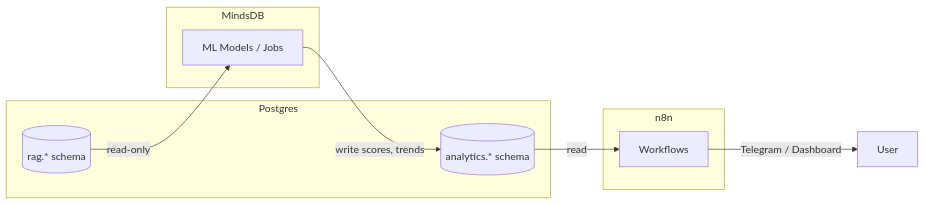
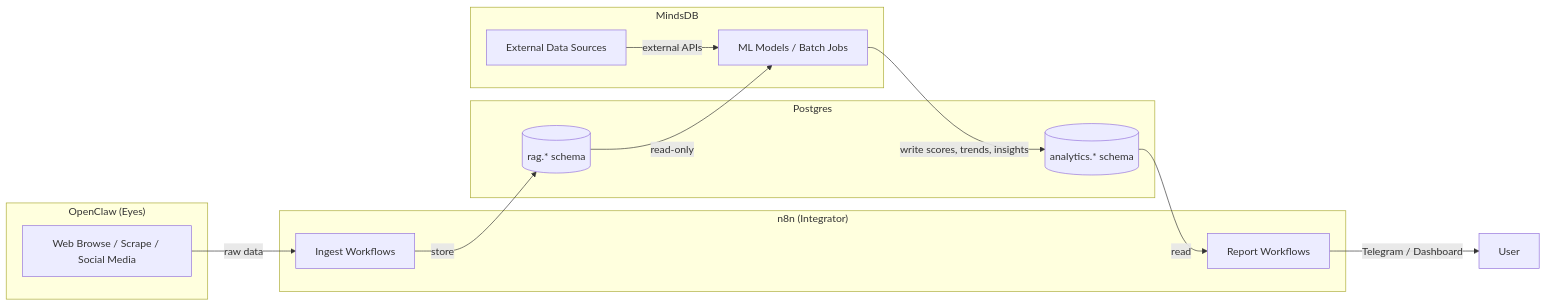
Before and after one commit to HonzaHezina/janAGI: the diagram in ops/docs/MINDSDB_ANALYTICS.md, drawn with Mermaid. The commit also changed other lines of this file and 11 other files, not shown here.

First line of the commit message:
docs: align architecture to integrator/brain paradigm

````diff
--- a/ops/docs/MINDSDB_ANALYTICS.md
+++ b/ops/docs/MINDSDB_ANALYTICS.md
@@ -24,20 +50,29 @@
 ```mermaid
 flowchart LR
+  subgraph "OpenClaw (Eyes)"
+    OC[Web Browse / Scrape / Social Media]
+  end
+
+  subgraph "n8n (Integrator)"
+    WF_IN[Ingest Workflows]
+    WF_OUT[Report Workflows]
+  end
+
   subgraph Postgres
     RAG[(rag.* schema)]
     ANA[(analytics.* schema)]
   end
 
   subgraph MindsDB
-    ML[ML Models / Jobs]
+    ML[ML Models / Batch Jobs]
+    EXT[External Data Sources]
   end
 
-  subgraph n8n
-    WF[Workflows]
-  end
-
+  OC -->|raw data| WF_IN
+  WF_IN -->|store| RAG
   RAG -->|read-only| ML
-  ML -->|write scores, trends| ANA
-  ANA -->|read| WF
-  WF -->|Telegram / Dashboard| U[User]
+  EXT -->|external APIs| ML
+  ML -->|write scores, trends, insights| ANA
+  ANA -->|read| WF_OUT
+  WF_OUT -->|Telegram / Dashboard| U[User]
 ```
````
